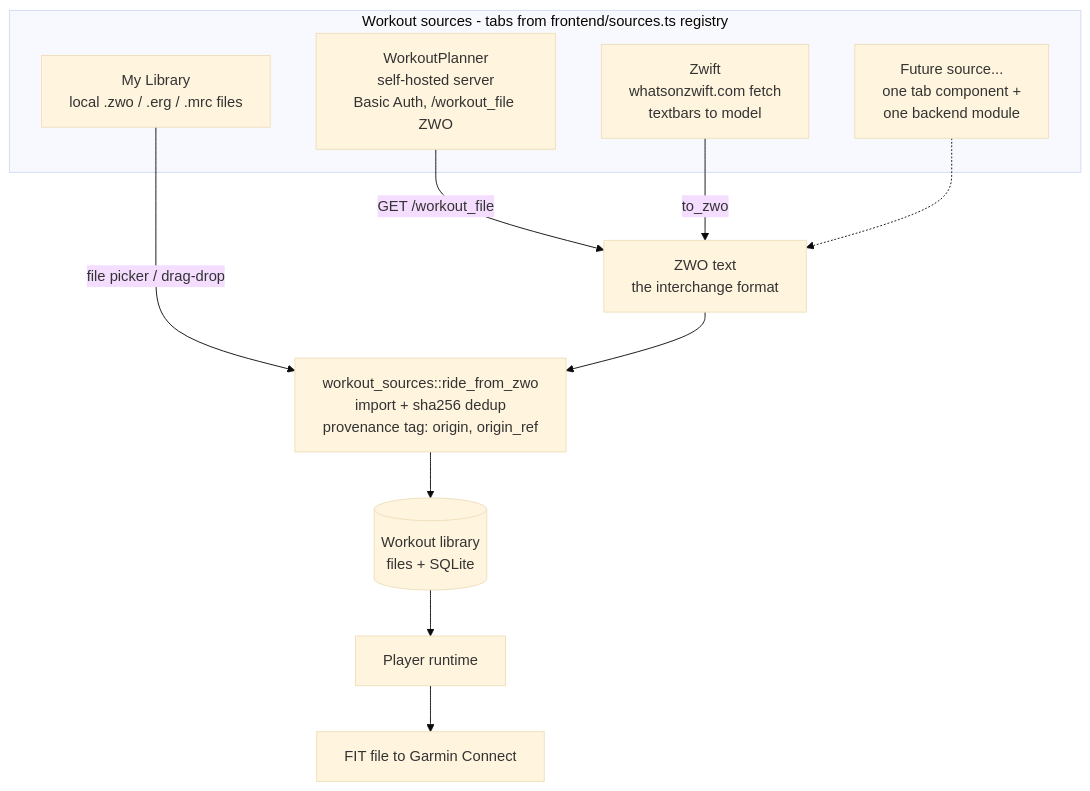
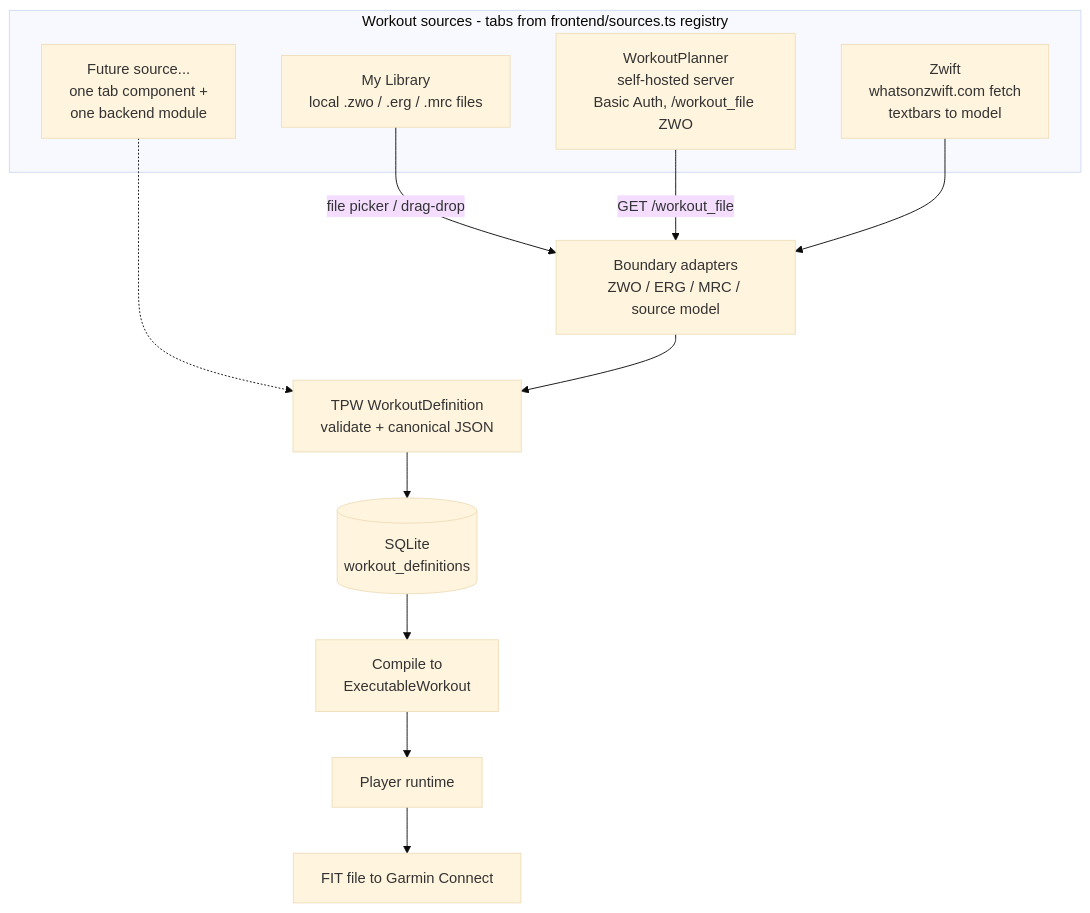
One commit to sergioclemente/TrainerPro changed the first of 3 diagrams in docs/architecture.md. Above: the diagram before and after it, drawn with Mermaid (base theme). The commit also changed other lines of this file and 22 other files, not shown here.

Commit message:
Make TPW authoritative in SQLite

````diff
--- a/docs/architecture.md
+++ b/docs/architecture.md
@@ -20,24 +18,26 @@
 ```mermaid
 flowchart TD
     subgraph SRCS["Workout sources - tabs from frontend/sources.ts registry"]
         LOCAL["My Library<br/>local .zwo / .erg / .mrc files"]
         WP["WorkoutPlanner<br/>self-hosted server<br/>Basic Auth, /workout_file ZWO"]
         WOZ["Zwift<br/>whatsonzwift.com fetch<br/>textbars to model"]
         FUTURE["Future source...<br/>one tab component +<br/>one backend module"]
     end
 
-    ZWO["ZWO text<br/>the interchange format"]
-    PIPE["workout_sources::ride_from_zwo<br/>import + sha256 dedup<br/>provenance tag: origin, origin_ref"]
-    LIB[("Workout library<br/>files + SQLite")]
+    ADAPTERS["Boundary adapters<br/>ZWO / ERG / MRC / source model"]
+    TPW["TPW WorkoutDefinition<br/>validate + canonical JSON"]
+    DB[("SQLite<br/>workout_definitions")]
+    COMPILE["Compile to<br/>ExecutableWorkout"]
     PLAYER["Player runtime"]
     FIT["FIT file to Garmin Connect"]
 
-    LOCAL -->|file picker / drag-drop| PIPE
-    WP -->|GET /workout_file| ZWO
-    WOZ -->|to_zwo| ZWO
-    FUTURE -.-> ZWO
-    ZWO --> PIPE
-    PIPE --> LIB
-    LIB --> PLAYER
+    LOCAL -->|file picker / drag-drop| ADAPTERS
+    WP -->|GET /workout_file| ADAPTERS
+    WOZ --> ADAPTERS
+    FUTURE -.-> TPW
+    ADAPTERS --> TPW
+    TPW --> DB
+    DB --> COMPILE
+    COMPILE --> PLAYER
     PLAYER --> FIT
 ```
````
